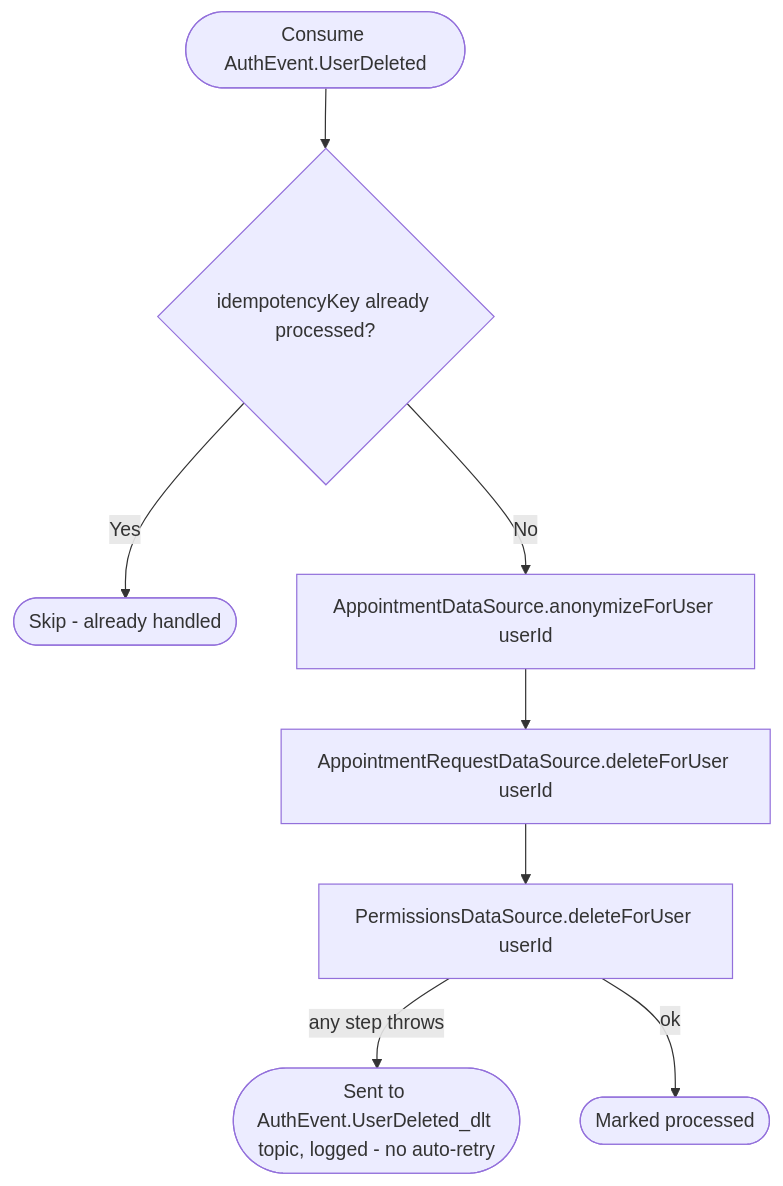
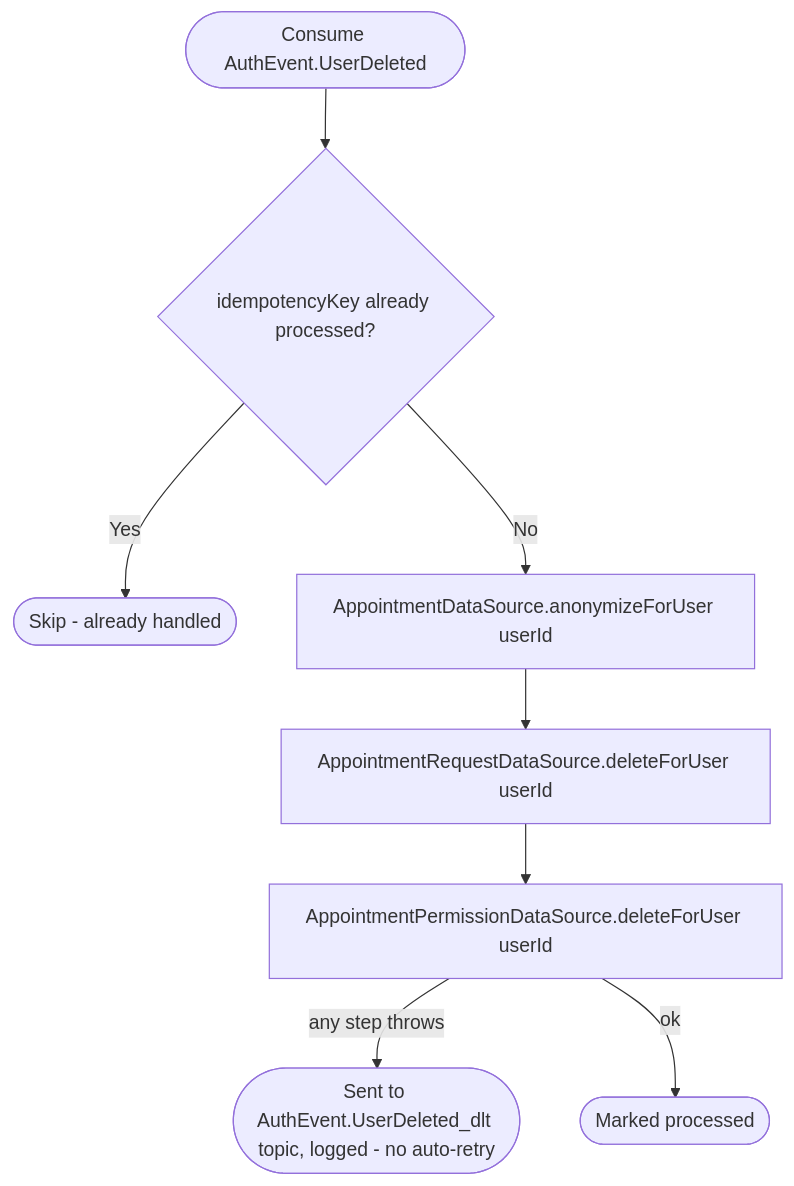
The diagram in docs/operations/appointments/on-user-deleted.md (an22/bookk.me-backend), drawn with Mermaid before and after one commit. The commit also changed 157 other files, not shown here.

````diff
--- a/docs/operations/appointments/on-user-deleted.md
+++ b/docs/operations/appointments/on-user-deleted.md
@@ -11,10 +11,10 @@
 ```mermaid
 flowchart TD
     Start([Consume AuthEvent.UserDeleted]) --> Dedup{idempotencyKey already processed?}
     Dedup -- Yes --> Skip([Skip - already handled])
     Dedup -- No --> Anon[AppointmentDataSource.anonymizeForUser userId]
     Anon --> DelReq[AppointmentRequestDataSource.deleteForUser userId]
-    DelReq --> DelPerm[PermissionsDataSource.deleteForUser userId]
+    DelReq --> DelPerm[AppointmentPermissionDataSource.deleteForUser userId]
     DelPerm -- any step throws --> Dlt([Sent to AuthEvent.UserDeleted_dlt topic, logged - no auto-retry])
     DelPerm -- ok --> Ack([Marked processed])
 ```
````
